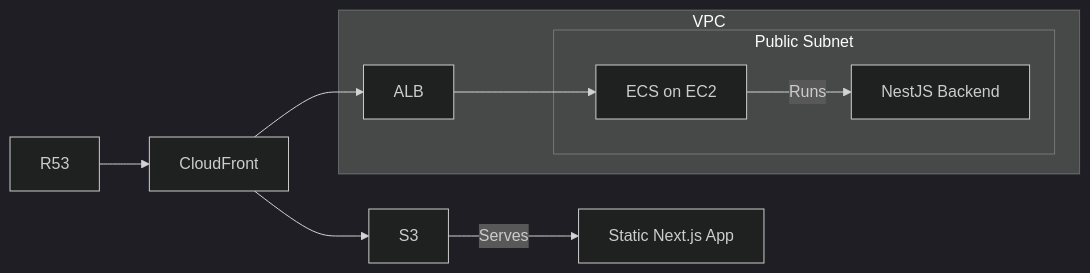
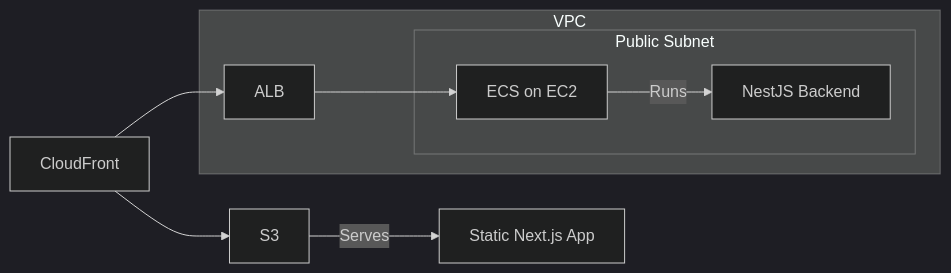
Before and after one commit to GautierBlandin/context-gpt: the diagram in design-docs/002-deploy.md, drawn with Mermaid (dark theme). The commit also changed 32 other files, not shown here.

````diff
--- a/design-docs/002-deploy.md
+++ b/design-docs/002-deploy.md
@@ -8,15 +8,14 @@
 ```mermaid
 graph LR
-  R53 --> CloudFront
   CloudFront --> S3 -- Serves --> StaticNextApp[Static Next.js App]
   CloudFront --> ALB
 
   subgraph VPC[VPC]
     ALB
     subgraph PublicSubnet[Public Subnet]
       ECS[ECS on EC2] -- Runs --> NestJsBackend[NestJS Backend]
     end
   end
 
   ALB --> ECS
 ```
````
